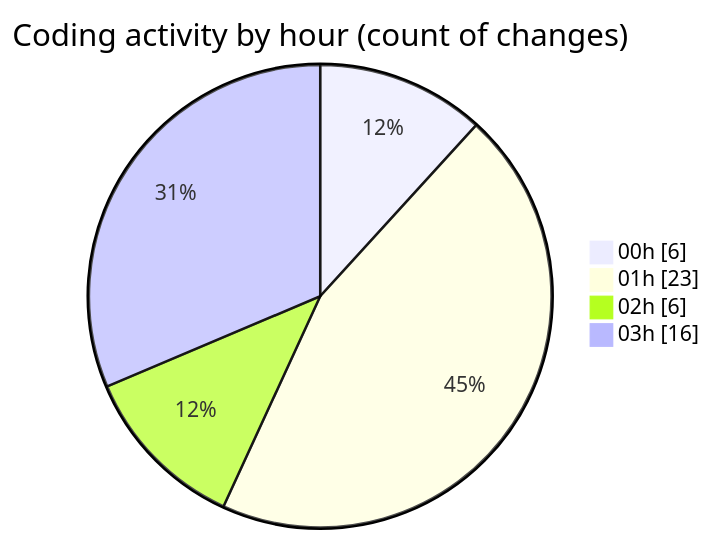
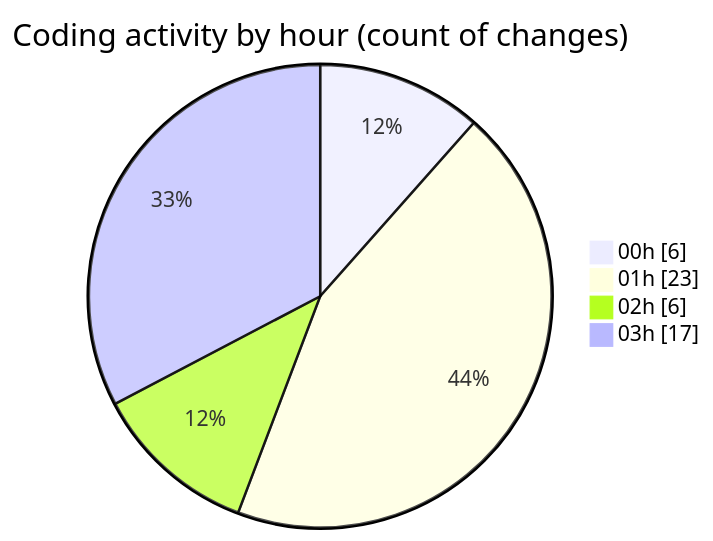
The second of 2 diagrams in 2025-07-28/refunds/README.md (EIIisD/code-tracking), drawn with Mermaid before and after one commit. The commit also changed other lines of this file and 1 other file, not shown here.

````diff
--- a/2025-07-28/refunds/README.md
+++ b/2025-07-28/refunds/README.md
@@ -36,8 +36,8 @@
 ```mermaid
 pie showData
 title Coding activity by hour (count of changes)
 "00h" : 6
 "01h" : 23
 "02h" : 6
-"03h" : 16
+"03h" : 17
 ```
````
